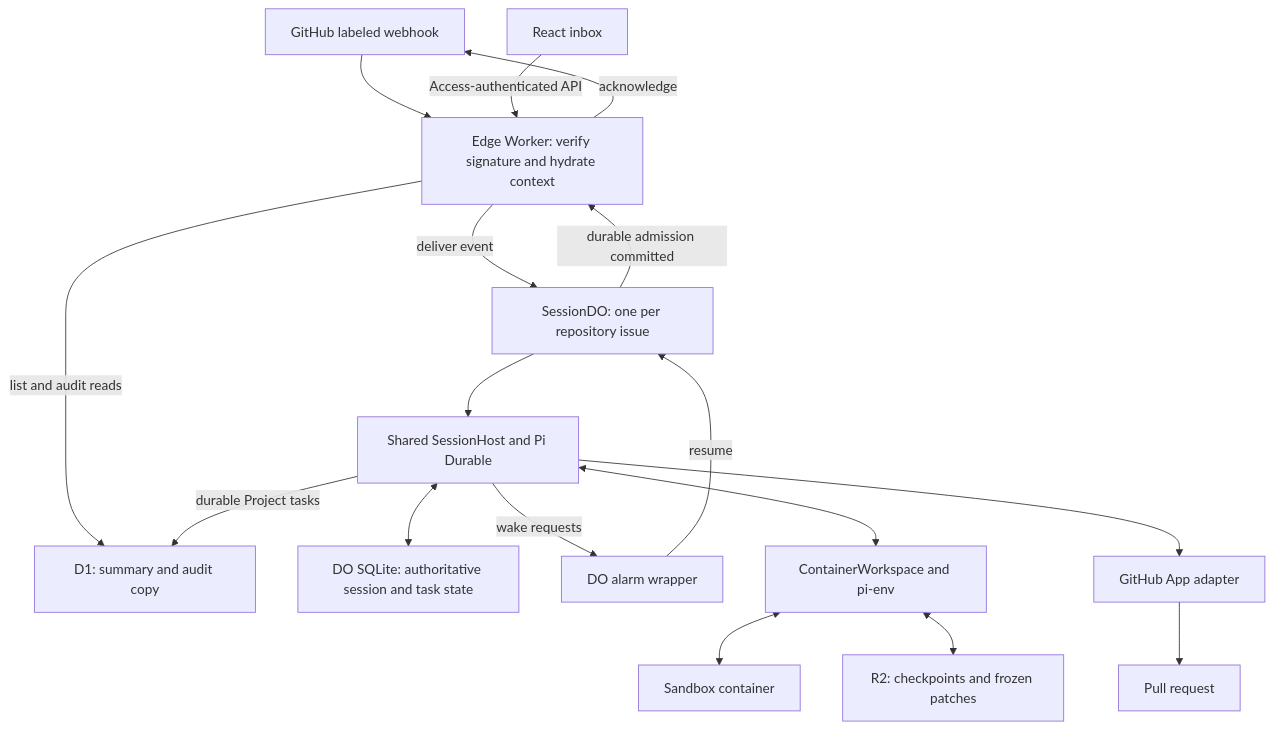
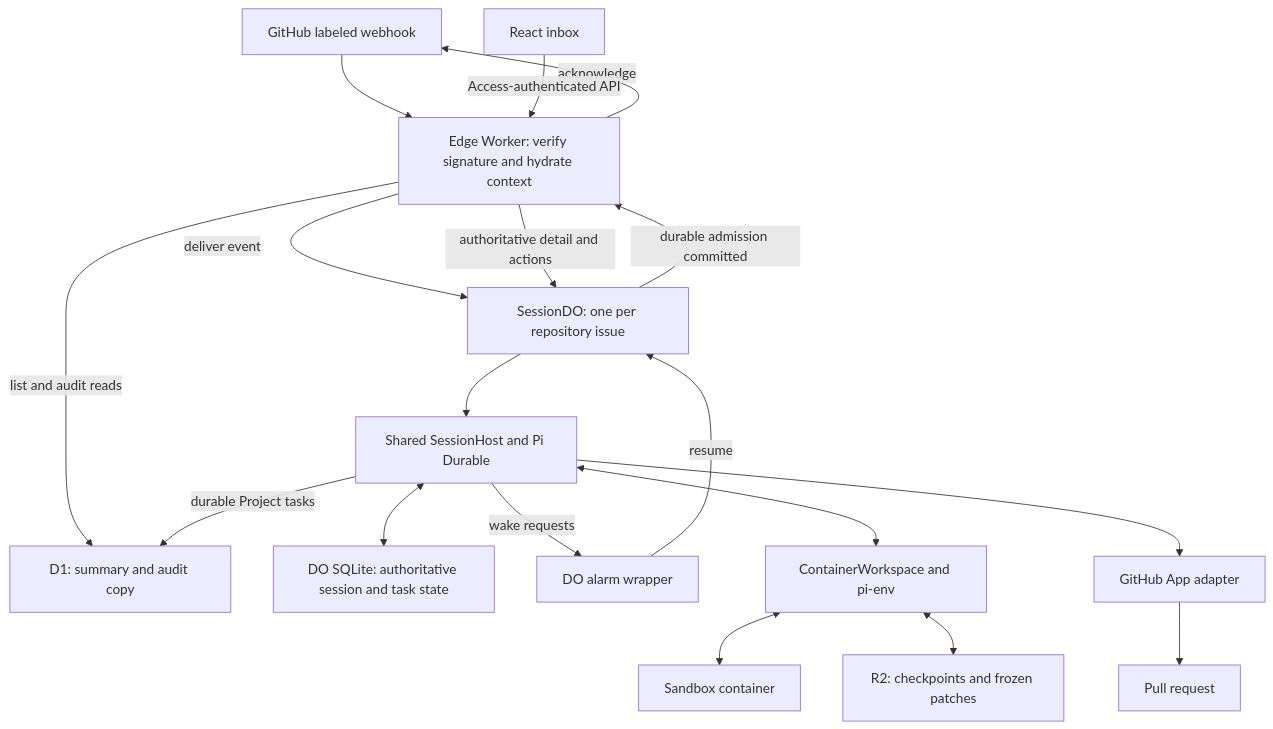
One commit to yuyays/caldero changed the third of 3 diagrams in docs/architecture.md. Above: the diagram before and after it, drawn with Mermaid. The commit also changed other lines of this file, not shown here.

Commit message:
docs: clarify session task ownership and authoritative inbox reads

````diff
--- a/docs/architecture.md
+++ b/docs/architecture.md
@@ -117,19 +118,20 @@
 ```mermaid
 flowchart TD
     GH[GitHub labeled webhook] --> Worker[Edge Worker: verify signature and hydrate context]
     Worker -->|deliver event| DO[SessionDO: one per repository issue]
     DO -->|durable admission committed| Worker
     Worker -->|acknowledge| GH
     UI[React inbox] -->|Access-authenticated API| Worker
     Worker -->|list and audit reads| D1[D1: summary and audit copy]
+    Worker -->|authoritative detail and actions| DO
     DO --> Core[Shared SessionHost and Pi Durable]
     Core <--> SQLite[DO SQLite: authoritative session and task state]
     Core -->|wake requests| Alarm[DO alarm wrapper]
     Alarm -->|resume| DO
     Core <--> Workspace[ContainerWorkspace and pi-env]
     Workspace <--> Container[Sandbox container]
     Workspace <--> R2[R2: checkpoints and frozen patches]
     Core -->|durable Project tasks| D1
     Core --> App[GitHub App adapter]
     App --> PR[Pull request]
 ```
````
